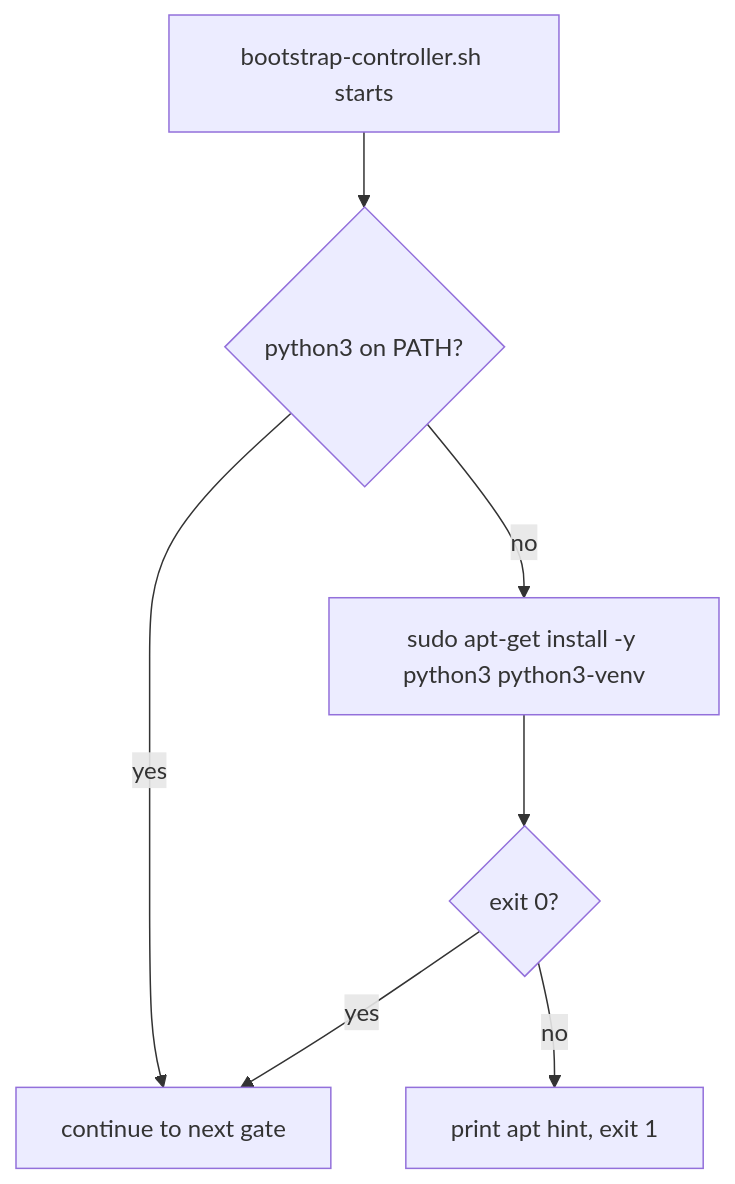
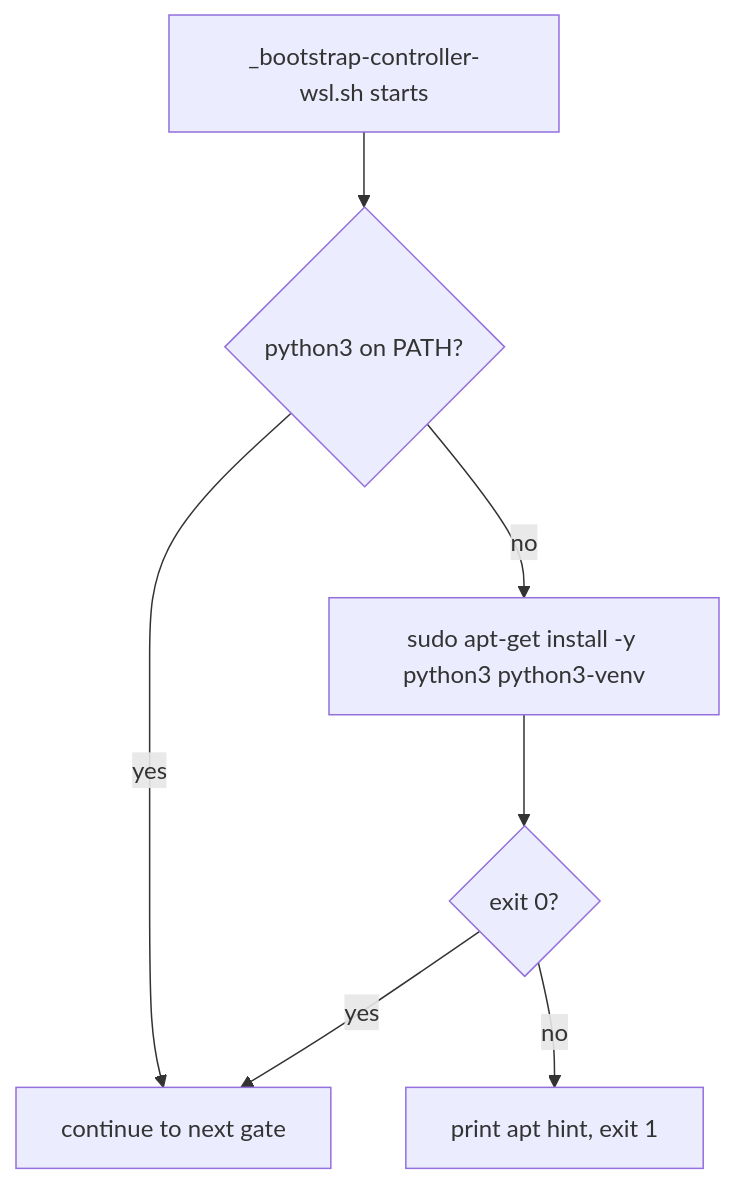
The second of 5 diagrams in docs/dev/implementation/02-groups-users-sudoers-creation/plan.md (Klark-Morrigan/Infrastructure-Vm-Ansible), drawn with Mermaid before and after one commit. The commit also changed other lines of this file and 8 other files, not shown here.

````diff
--- a/docs/dev/implementation/02-groups-users-sudoers-creation/plan.md
+++ b/docs/dev/implementation/02-groups-users-sudoers-creation/plan.md
@@ -357,9 +357,9 @@
 ```mermaid
 flowchart TD
-    A[bootstrap-controller.sh starts] --> B{python3 on PATH?}
+    A[_bootstrap-controller-wsl.sh starts] --> B{python3 on PATH?}
     B -- yes --> Z[continue to next gate]
     B -- no --> C[sudo apt-get install -y python3 python3-venv]
     C --> D{exit 0?}
     D -- yes --> Z
     D -- no --> E[print apt hint, exit 1]
 ```
````
